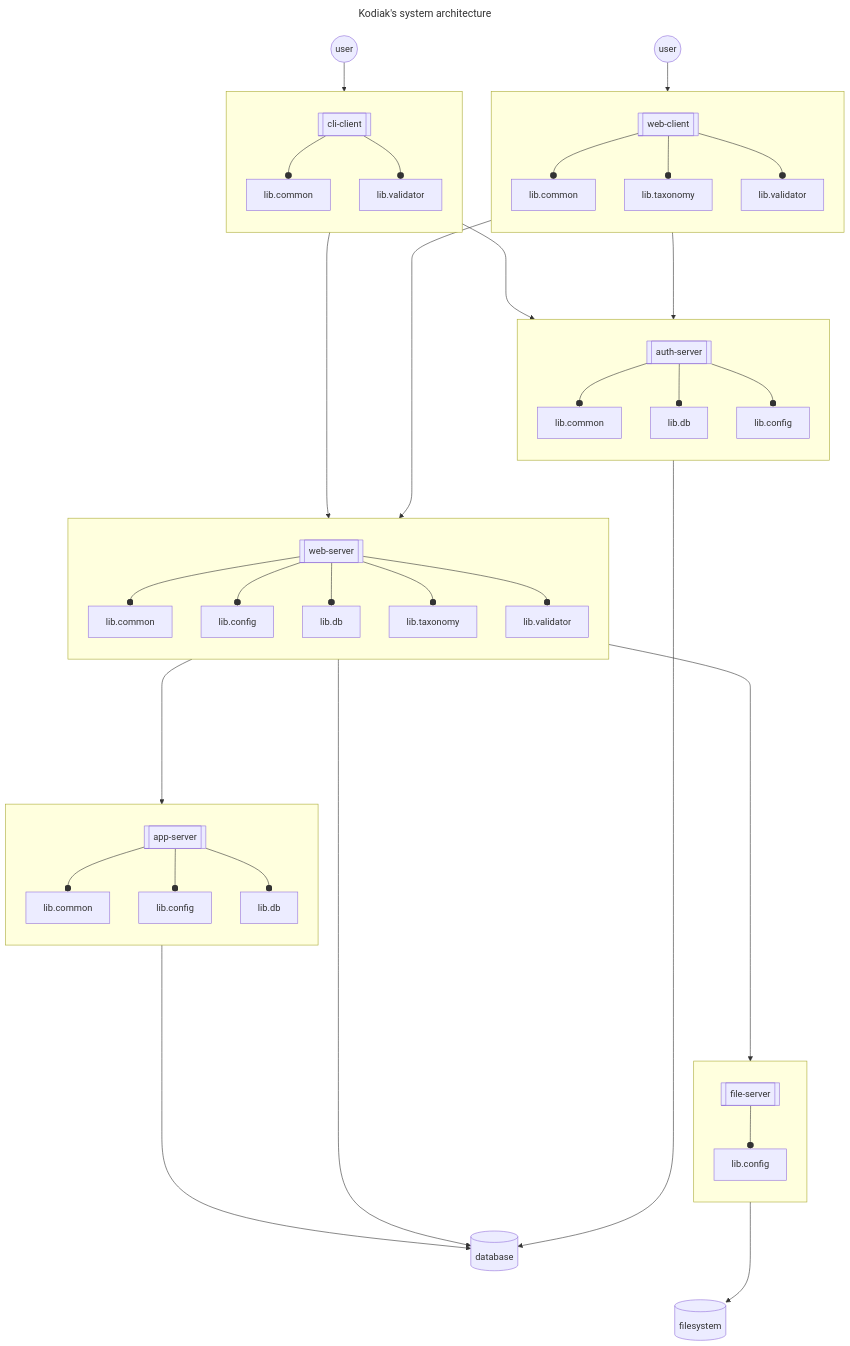
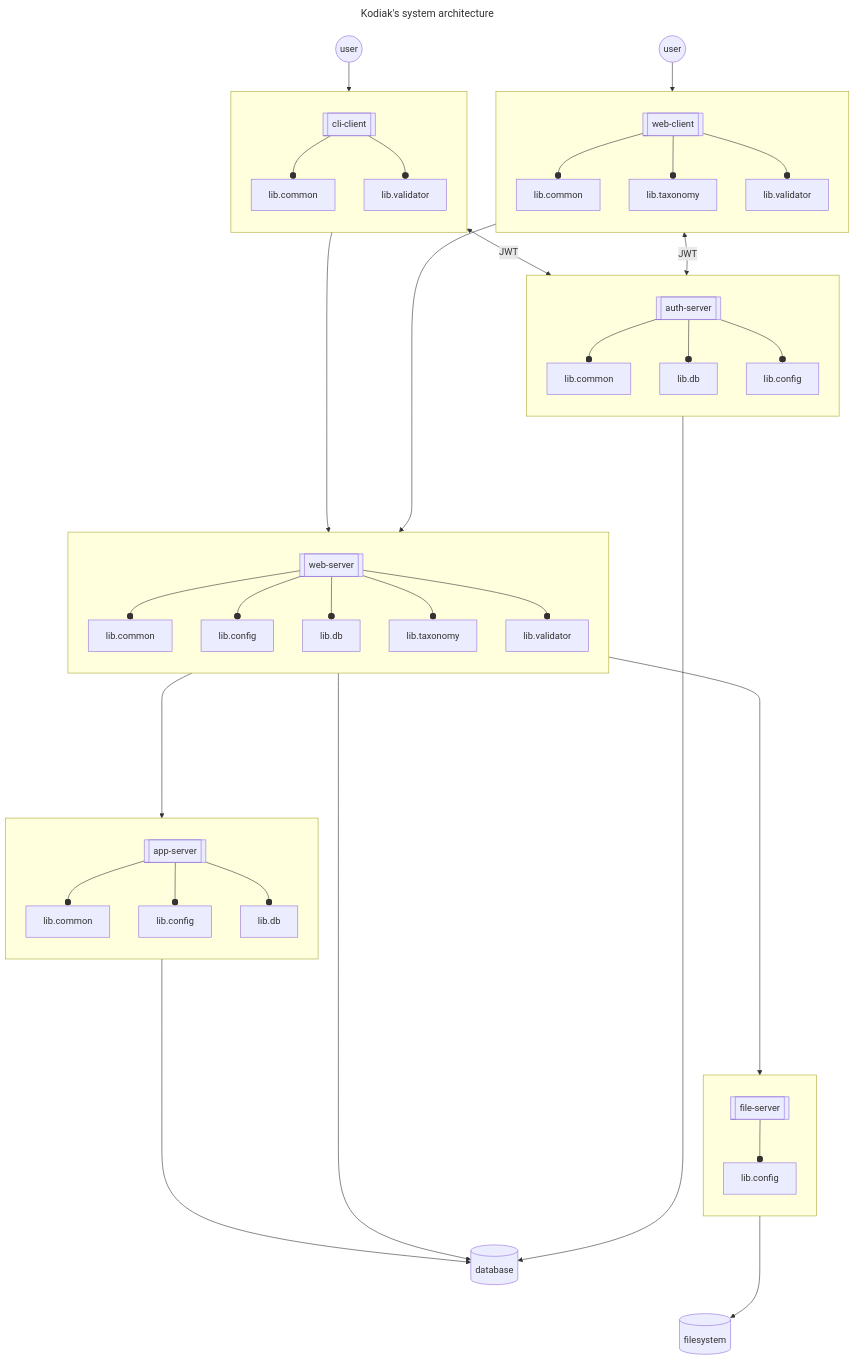
One commit to polarlabs/kodiak-diagrams changed the diagram in SYSTEM-ARCHITECTURE.md. Above: the diagram before and after it, drawn with Mermaid.

Commit message:
mod: label on arrows to auth-server.

````diff
--- a/SYSTEM-ARCHITECTURE.md
+++ b/SYSTEM-ARCHITECTURE.md
@@ -5,54 +5,54 @@
 ```mermaid
 ---
 title: Kodiak's system architecture
 ---
 flowchart TB
   subgraph user-web[ ]
     direction TB  
     web-client[[web-client]] --o web-client.lib.common[lib.common]
     web-client               --o web-client.lib.taxonomy[lib.taxonomy]
     web-client               --o web-client.lib.validator[lib.validator]
   end
   subgraph user-cli[ ]
     direction TB
     cli-client[[cli-client]] --o cli-client.lib.common[lib.common]
     cli-client               --o cli-client.lib.validator[lib.validator]
   end
   subgraph auth-server[ ]
     direction TB
     auth-server.api[[auth-server]] --o auth-server.lib.common[lib.common]
     auth-server.api                --o auth-server.lib.db[lib.db]
     auth-server.api                --o auth-server.lib.config[lib.config]
   end
   subgraph file-server[ ]
     direction TB
     file-server.api[[file-server]] --o file-server.lib.config[lib.config]
   end
   subgraph web-server[ ]
     direction TB
     web-server.api[[web-server]] --o web-server.lib.common[lib.common]
     web-server.api               --o web-server.lib.config[lib.config]
     web-server.api               --o web-server.lib.db[lib.db]
     web-server.api               --o web-server.lib.taxonomy[lib.taxonomy]
     web-server.api               --o web-server.lib.validator[lib.validator]
   end
   subgraph app-server[ ]
     direction TB
     app-server.api[[app-server]] --o app-server.lib.common[lib.common]
     app-server.api               --o app-server.lib.config[lib.config]
     app-server.api               --o app-server.lib.db[lib.db]
   end
-  web-user((user)) -->     web-client
-  web-client       ---->   auth-server.api
-  web-client       ------> web-server.api
-  cli-user((user)) -->     cli-client
-  cli-client       ---->   auth-server.api
+  web-user((user)) -->          web-client
+  web-client       <-- JWT -->  auth-server.api
+  web-client       ------>      web-server.api
+  cli-user((user)) -->          cli-client
+  cli-client       <-- JWT -->  auth-server.api
   cli-client       ------> web-server.api
   web-server.api   ------> app-server.api
   web-server.api   ------> file-server.api
   file-server      --->    filesystem[(filesystem)]
   auth-server      -->     database[(database)]
   web-server       ---->   database
   app-server       ------> database
   database         ~~~   filesystem
 ```
````
